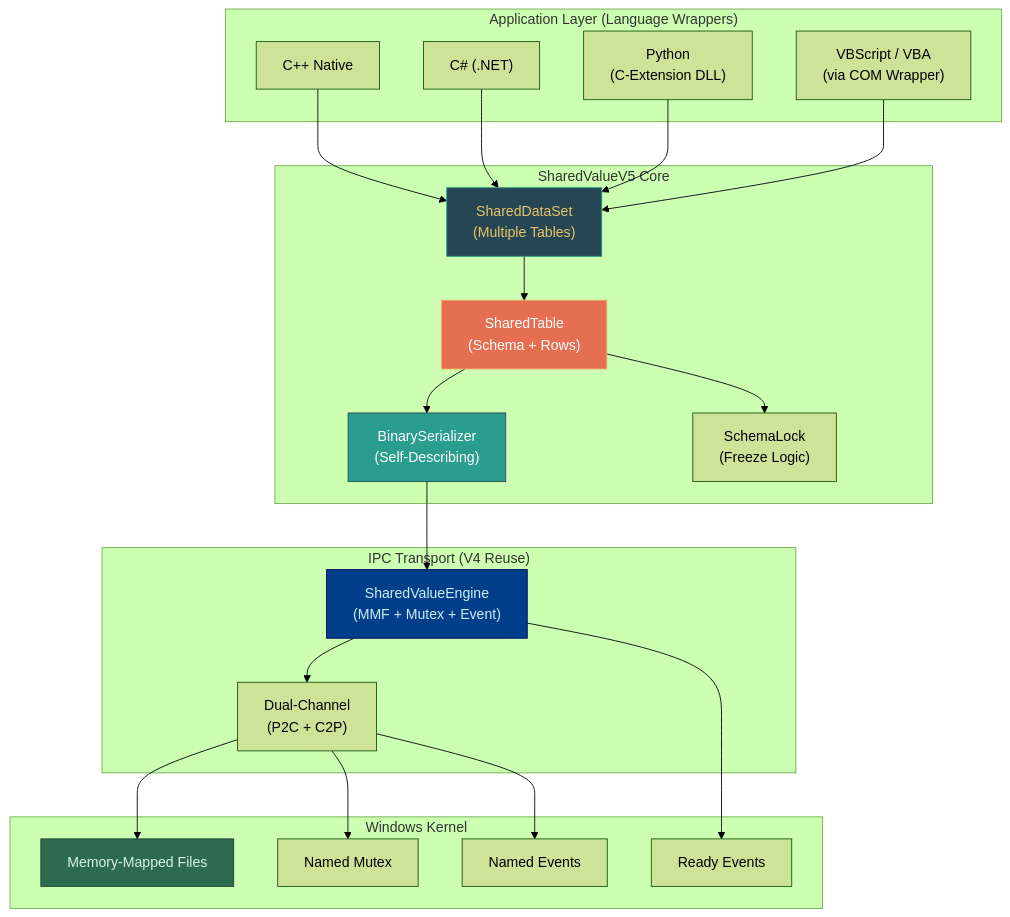
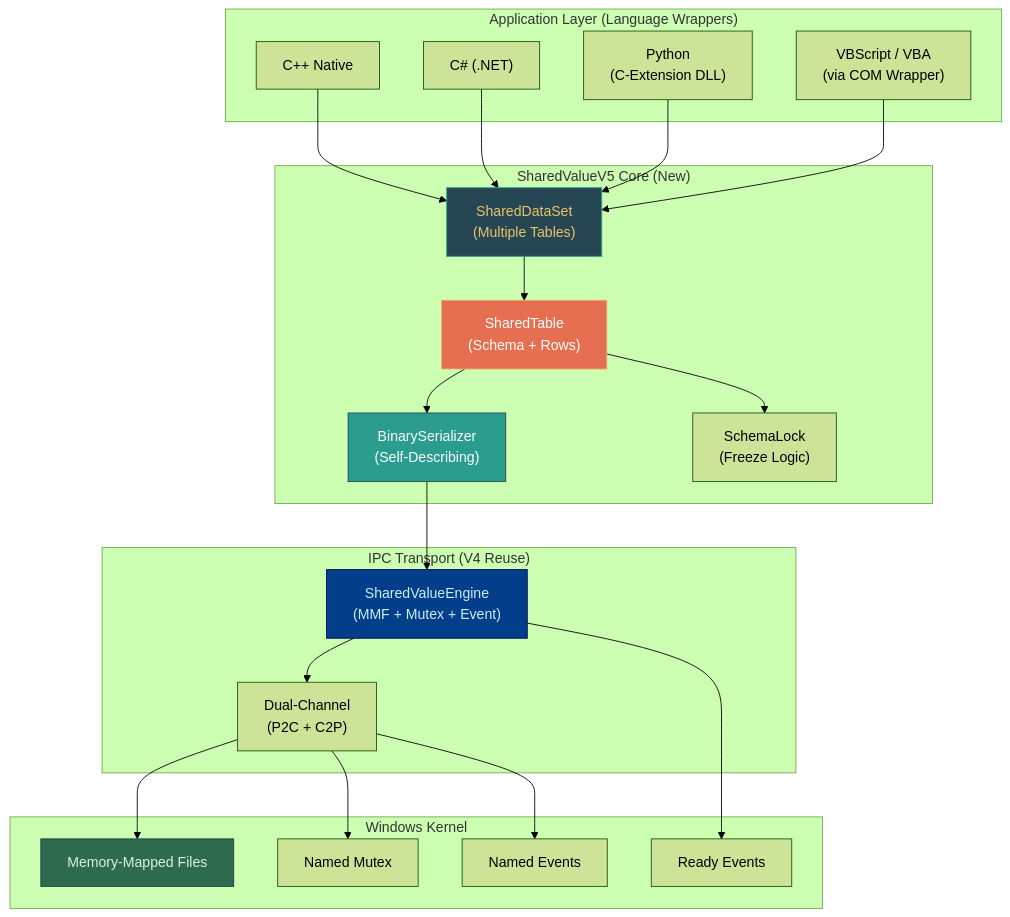
Before and after one commit to snodeplannen/sharedvar: the first of 4 diagrams in SharedValueV5/ARCHITECTURE.md, drawn with Mermaid (forest theme). The commit also changed other lines of this file, not shown here.

First line of the commit message:
docs/v5: fully translate architecture specification to english

````diff
--- a/SharedValueV5/ARCHITECTURE.md
+++ b/SharedValueV5/ARCHITECTURE.md
@@ -22,49 +72,49 @@
 ```mermaid
 graph TB
     subgraph "Application Layer (Language Wrappers)"
         CPP["C++ Native"]
         CS["C# (.NET)"]
         PYEXT["Python\n(C-Extension DLL)"]
         COM["VBScript / VBA\n(via COM Wrapper)"]
     end
 
-    subgraph "SharedValueV5 Core"
+    subgraph "SharedValueV5 Core (New)"
         DS["SharedDataSet\n(Multiple Tables)"]
         ST["SharedTable\n(Schema + Rows)"]
         SER["BinarySerializer\n(Self-Describing)"]
         LOCK["SchemaLock\n(Freeze Logic)"]
     end
 
     subgraph "IPC Transport (V4 Reuse)"
         ENG["SharedValueEngine\n(MMF + Mutex + Event)"]
         DUAL["Dual-Channel\n(P2C + C2P)"]
     end
 
     subgraph "Windows Kernel"
         MMF["Memory-Mapped Files"]
         MTX["Named Mutex"]
         EVT["Named Events"]
         READY["Ready Events"]
     end
 
     CPP --> DS
     CS --> DS
     PYEXT --> DS
     COM --> DS
 
     DS --> ST
     ST --> SER
     ST --> LOCK
     SER --> ENG
     ENG --> DUAL
     DUAL --> MMF
     DUAL --> MTX
     DUAL --> EVT
     ENG --> READY
 
     style DS fill:#264653,stroke:#2a9d8f,color:#e9c46a
     style ST fill:#e76f51,stroke:#f4a261,color:#fff
     style SER fill:#2a9d8f,stroke:#264653,color:#fff
     style ENG fill:#023e8a,stroke:#03045e,color:#caf0f8
     style MMF fill:#2d6a4f,stroke:#1b4332,color:#d8f3dc
 ```
````
